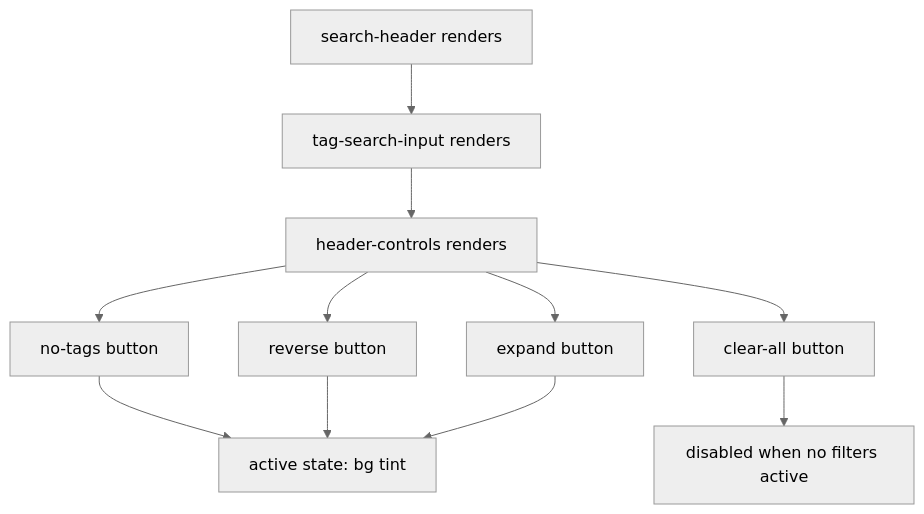
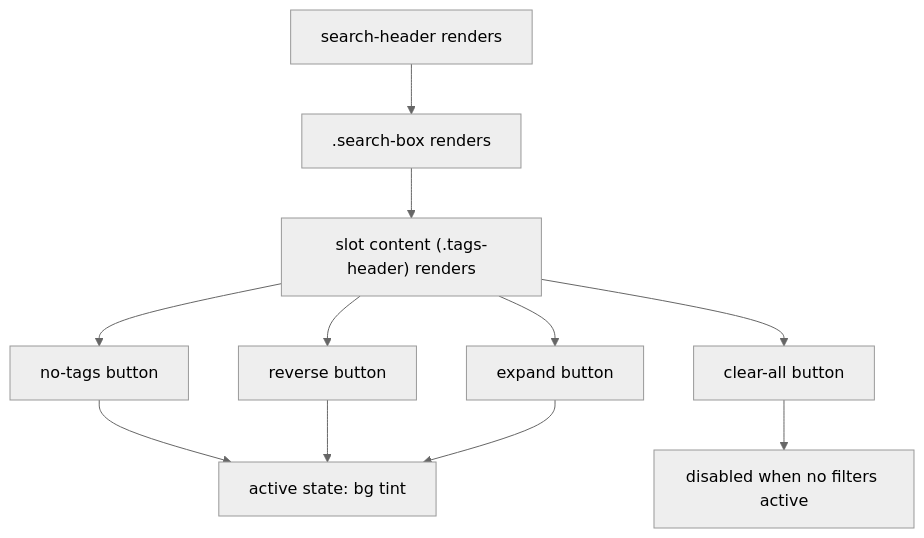
The third of 4 diagrams in docs/header-top-row-redesign/02_requirement-tasks.md (effiy/YiWeb), drawn with Mermaid (neutral theme) before and after one commit. The commit also changed other lines of this file and 19 other files, not shown here.

````diff
--- a/docs/header-top-row-redesign/02_requirement-tasks.md
+++ b/docs/header-top-row-redesign/02_requirement-tasks.md
@@ -76,13 +72,13 @@
 ```mermaid
 flowchart TD
-    A["search-header renders"] --> B["tag-search-input renders"]
-    B --> C["header-controls renders"]
+    A["search-header renders"] --> B[".search-box renders"]
+    B --> C["slot content (.tags-header) renders"]
     C --> D["no-tags button"]
     C --> E["reverse button"]
     C --> F["expand button"]
     C --> G["clear-all button"]
     D --> H["active state: bg tint"]
     E --> H
     F --> H
     G --> I["disabled when no filters active"]
 ```
````
